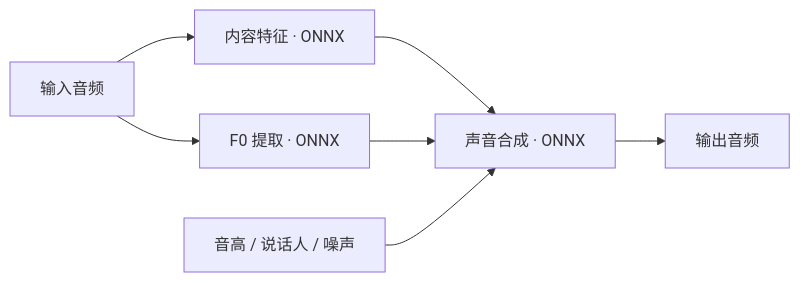
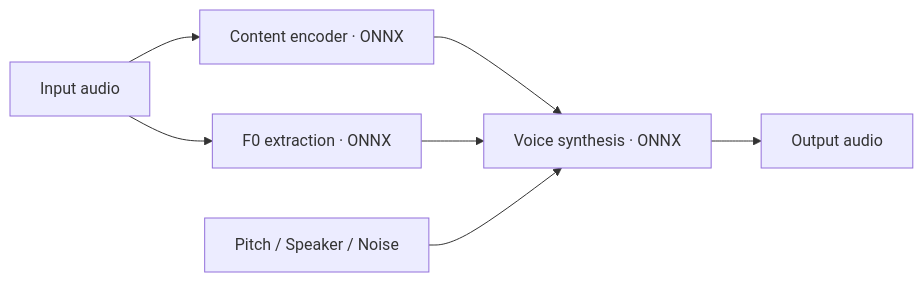
The diagram in README.md (VoiceLala/rvc-cpp), drawn with Mermaid before and after one commit. The commit also changed other lines of this file and 17 other files, not shown here.

````diff
--- a/README.md
+++ b/README.md
@@ -34,9 +36,9 @@
 ```mermaid
 flowchart LR
-    A[输入音频] --> B[内容特征 · ONNX]
-    A --> C[F0 提取 · ONNX]
-    B --> D[声音合成 · ONNX]
+    A[Input audio] --> B[Content encoder · ONNX]
+    A --> C[F0 extraction · ONNX]
+    B --> D[Voice synthesis · ONNX]
     C --> D
-    P[音高 / 说话人 / 噪声] --> D
-    D --> E[输出音频]
+    P[Pitch / Speaker / Noise] --> D
+    D --> E[Output audio]
 ```
````
